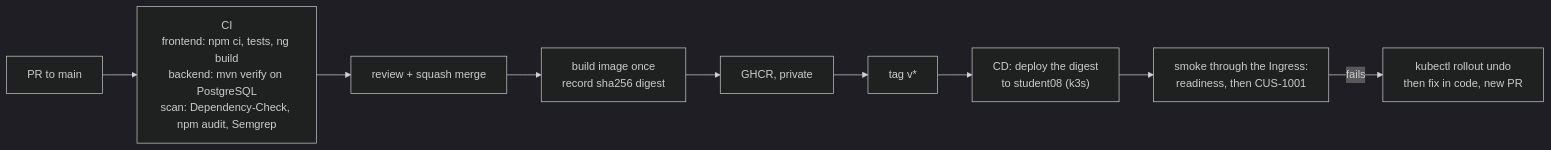
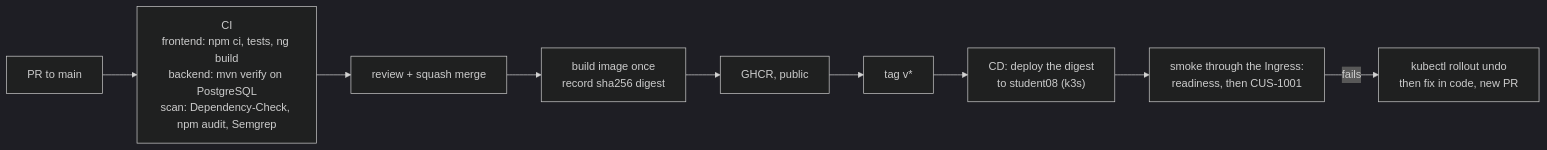
Before and after one commit to BrandonRobare/bean-brigade-customer-management-platform: the seventh of 7 diagrams in docs/architecture.md, drawn with Mermaid (dark theme). The commit also changed 7 other files, not shown here.

````diff
--- a/docs/architecture.md
+++ b/docs/architecture.md
@@ -241,11 +241,11 @@
 ```mermaid
 flowchart LR
     pr["PR to main"] --> ci["CI<br/>frontend: npm ci, tests, ng build<br/>backend: mvn verify on PostgreSQL<br/>scan: Dependency-Check, npm audit, Semgrep"]
     ci --> merge["review + squash merge"]
     merge --> img["build image once<br/>record sha256 digest"]
-    img --> reg["GHCR, private"]
+    img --> reg["GHCR, public"]
     reg --> tag["tag v*"]
     tag --> cd["CD: deploy the digest<br/>to student08 (k3s)"]
     cd --> smoke["smoke through the Ingress:<br/>readiness, then CUS-1001"]
     smoke -->|" fails "| undo["kubectl rollout undo<br/>then fix in code, new PR"]
 ```
````
